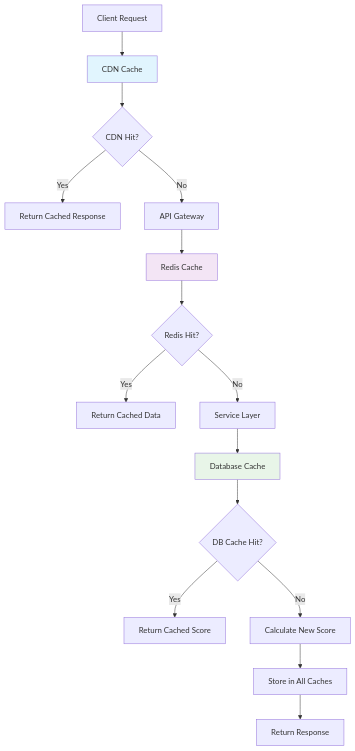
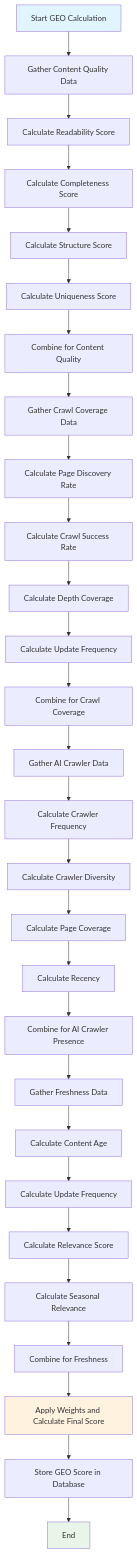
The second of 2 diagrams in Integration/Integration-2.md (Shanisoni/Documentation), drawn with Mermaid before and after one commit. The commit also changed other lines of this file, not shown here.

````diff
--- a/Integration/Integration-2.md
+++ b/Integration/Integration-2.md
@@ -925,24 +439,38 @@
 ```mermaid
-graph TB
-    A[Client Request] --> B[CDN Cache]
-    B --> C{CDN Hit?}
-    C -->|Yes| D[Return Cached Response]
-    C -->|No| E[API Gateway]
+flowchart TD
+    A[Start GEO Calculation] --> B[Gather Content Quality Data]
+    B --> C[Calculate Readability Score]
+    C --> D[Calculate Completeness Score]
+    D --> E[Calculate Structure Score]
+    E --> F[Calculate Uniqueness Score]
+    F --> G[Combine for Content Quality]
     
-    E --> F[Redis Cache]
-    F --> G{Redis Hit?}
-    G -->|Yes| H[Return Cached Data]
-    G -->|No| I[Service Layer]
+    G --> H[Gather Crawl Coverage Data]
+    H --> I[Calculate Page Discovery Rate]
+    I --> J[Calculate Crawl Success Rate]
+    J --> K[Calculate Depth Coverage]
+    K --> L[Calculate Update Frequency]
+    L --> M[Combine for Crawl Coverage]
     
-    I --> J[Database Cache]
-    J --> K{DB Cache Hit?}
-    K -->|Yes| L[Return Cached Score]
-    K -->|No| M[Calculate New Score]
+    M --> N[Gather AI Crawler Data]
+    N --> O[Calculate Crawler Frequency]
+    O --> P[Calculate Crawler Diversity]
+    P --> Q[Calculate Page Coverage]
+    Q --> R[Calculate Recency]
+    R --> S[Combine for AI Crawler Presence]
     
-    M --> N[Store in All Caches]
-    N --> O[Return Response]
+    S --> T[Gather Freshness Data]
+    T --> U[Calculate Content Age]
+    U --> V[Calculate Update Frequency]
+    V --> W[Calculate Relevance Score]
+    W --> X[Calculate Seasonal Relevance]
+    X --> Y[Combine for Freshness]
     
-    style B fill:#e1f5fe
-    style F fill:#f3e5f5
-    style J fill:#e8f5e8
+    Y --> Z[Apply Weights and Calculate Final Score]
+    Z --> AA[Store GEO Score in Database]
+    AA --> BB[End]
+    
+    style A fill:#e1f5fe
+    style BB fill:#e8f5e8
+    style Z fill:#fff3e0
 ```
````
